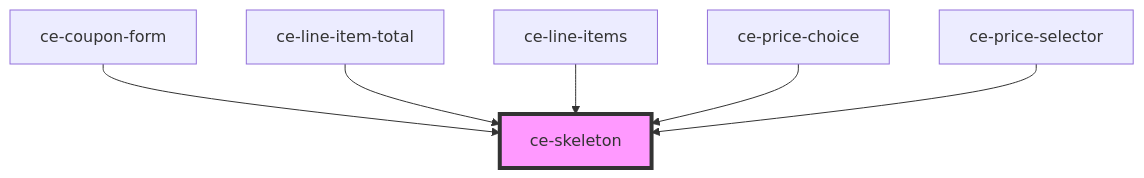
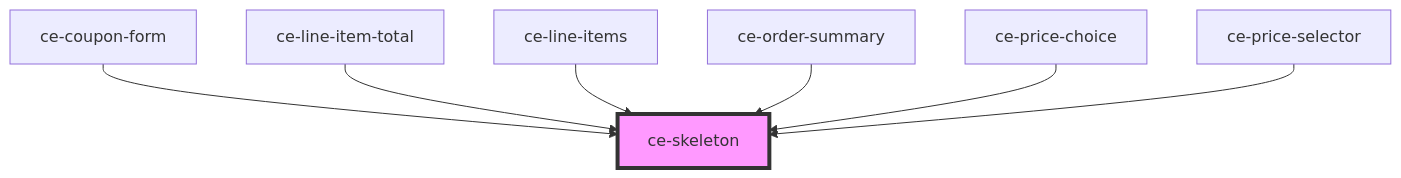
Before and after one commit to surecart/surecart-wp-plugin: the diagram in packages/components/src/components/ui/skeleton/readme.md, drawn with Mermaid. The commit also changed other lines of this file and 59 other files, not shown here.

````diff
--- a/packages/components/src/components/ui/skeleton/readme.md
+++ b/packages/components/src/components/ui/skeleton/readme.md
@@ -43,9 +44,10 @@
 ```mermaid
 graph TD;
   ce-coupon-form --> ce-skeleton
   ce-line-item-total --> ce-skeleton
   ce-line-items --> ce-skeleton
+  ce-order-summary --> ce-skeleton
   ce-price-choice --> ce-skeleton
   ce-price-selector --> ce-skeleton
   style ce-skeleton fill:#f9f,stroke:#333,stroke-width:4px
 ```
````
